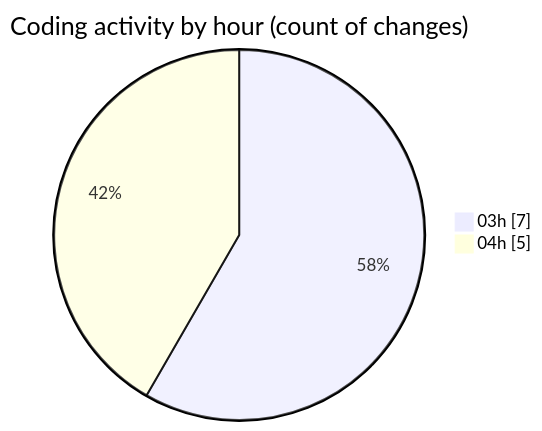
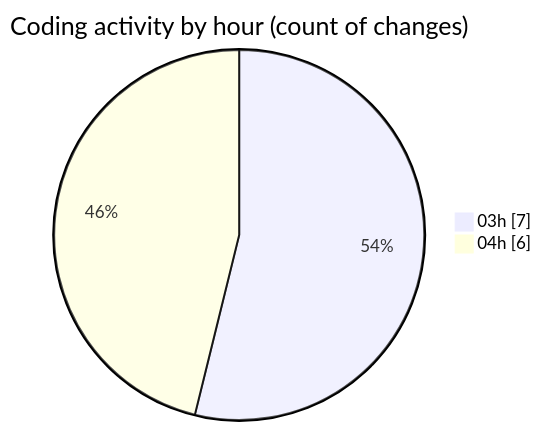
Before and after one commit to FelipKnott/code-tracking: the second of 2 diagrams in 2025-07-02/cursor/README.md, drawn with Mermaid. The commit also changed other lines of this file and 1 other file, not shown here.

````diff
--- a/2025-07-02/cursor/README.md
+++ b/2025-07-02/cursor/README.md
@@ -30,6 +30,6 @@
 ```mermaid
 pie showData
 title Coding activity by hour (count of changes)
 "03h" : 7
-"04h" : 5
+"04h" : 6
 ```
````
